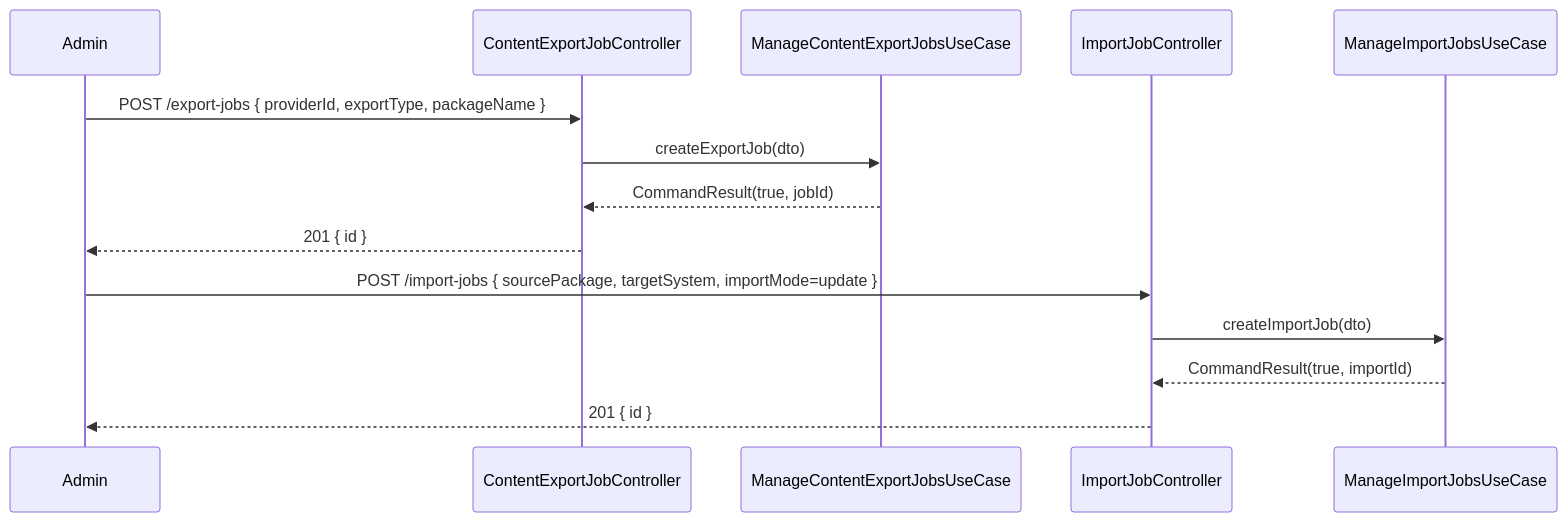
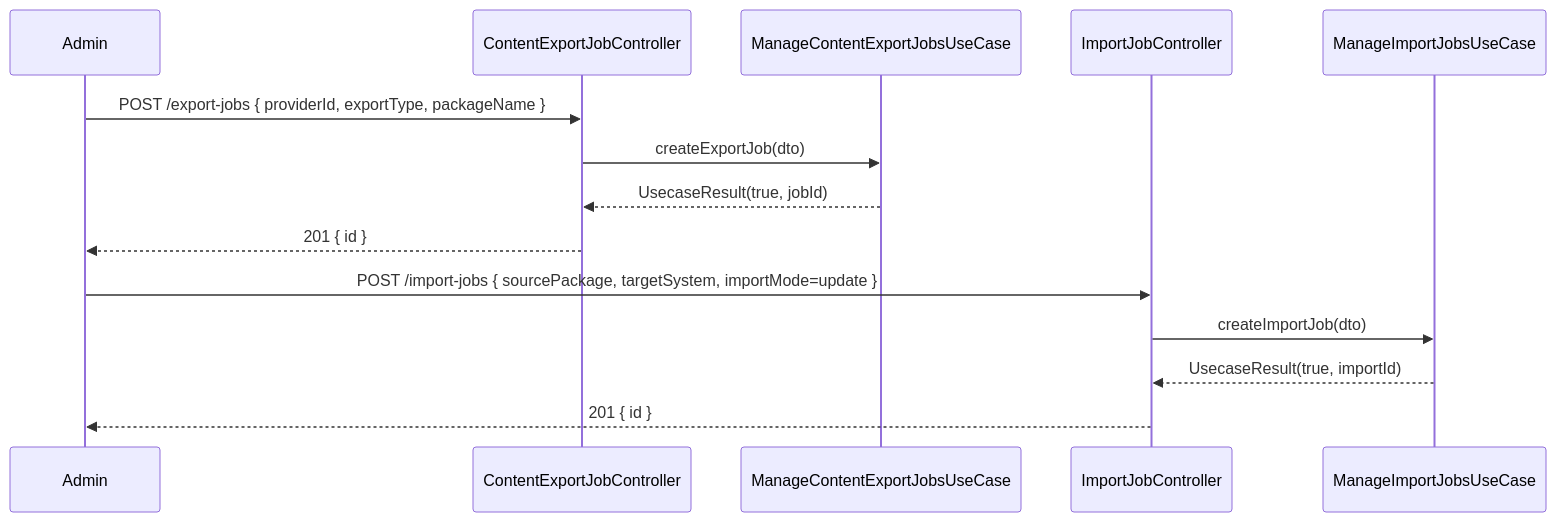
Before and after one commit to UIMSolutions/uim-platform: the third of 3 diagrams in content-agent/UML.md, drawn with Mermaid. The commit also changed 907 other files, not shown here.

Commit message:
Rename CommandResult

````diff
--- a/content-agent/UML.md
+++ b/content-agent/UML.md
@@ -117,18 +117,18 @@
 ```mermaid
 sequenceDiagram
     participant Admin
     participant EJC as ContentExportJobController
     participant EUC as ManageContentExportJobsUseCase
     participant IJC as ImportJobController
     participant IUC as ManageImportJobsUseCase
 
     Admin->>EJC: POST /export-jobs { providerId, exportType, packageName }
     EJC->>EUC: createExportJob(dto)
-    EUC-->>EJC: CommandResult(true, jobId)
+    EUC-->>EJC: UsecaseResult(true, jobId)
     EJC-->>Admin: 201 { id }
 
     Admin->>IJC: POST /import-jobs { sourcePackage, targetSystem, importMode=update }
     IJC->>IUC: createImportJob(dto)
-    IUC-->>IJC: CommandResult(true, importId)
+    IUC-->>IJC: UsecaseResult(true, importId)
     IJC-->>Admin: 201 { id }
 ```
````
